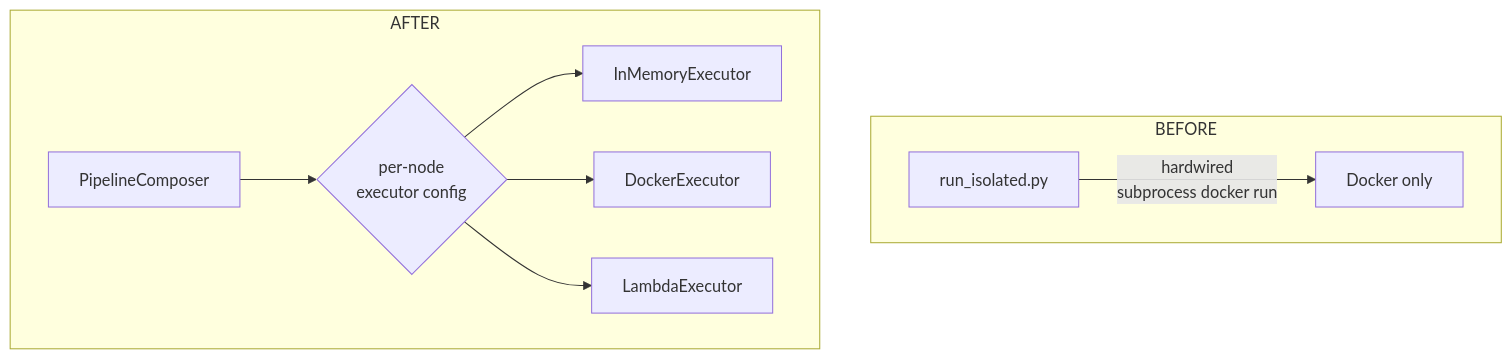
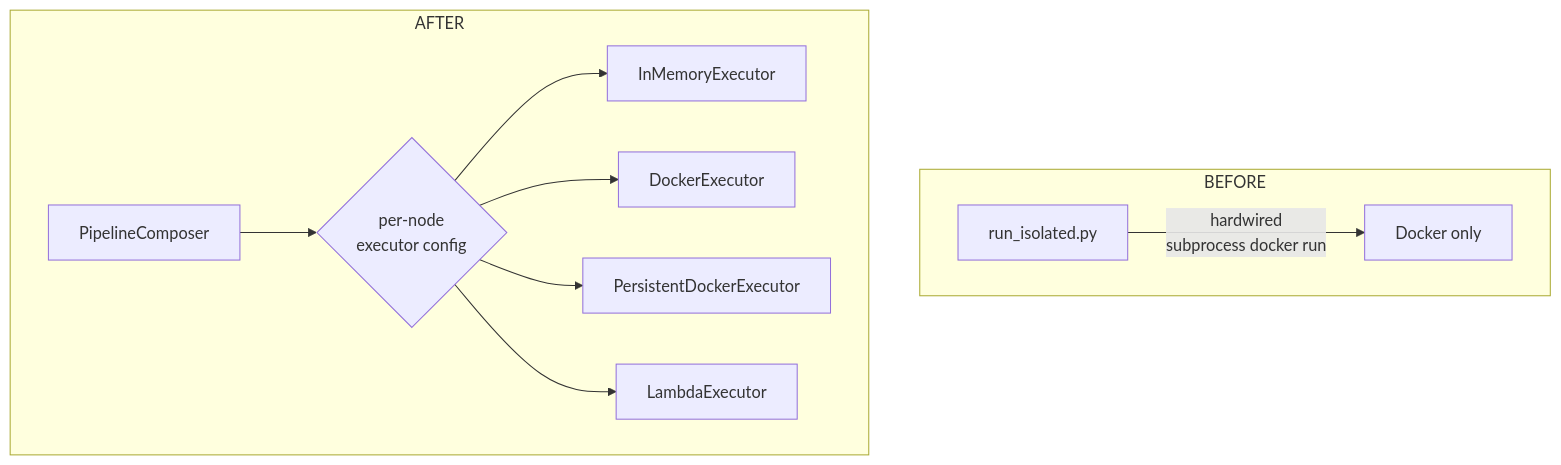
One commit to ganeshhgupta/fn_graph changed the sixth of 8 diagrams in fn_graph/examples/solution/01_fn_graph_extension.md. Above: the diagram before and after it, drawn with Mermaid. The commit also changed other lines of this file and 6 other files, not shown here.

First line of the commit message:
docs: update all solution MD files for PersistentDockerExecutor and deploy/ refactor

````diff
--- a/fn_graph/examples/solution/01_fn_graph_extension.md
+++ b/fn_graph/examples/solution/01_fn_graph_extension.md
@@ -123,13 +123,14 @@
 ```mermaid
 flowchart TD
     subgraph BEFORE
         A[run_isolated.py] -->|hardwired\nsubprocess docker run| B[Docker only]
     end
 
     subgraph AFTER
         C[PipelineComposer] --> D{per-node\nexecutor config}
         D --> E[InMemoryExecutor]
         D --> F[DockerExecutor]
-        D --> G[LambdaExecutor]
+        D --> G[PersistentDockerExecutor]
+        D --> H[LambdaExecutor]
     end
 ```
````
